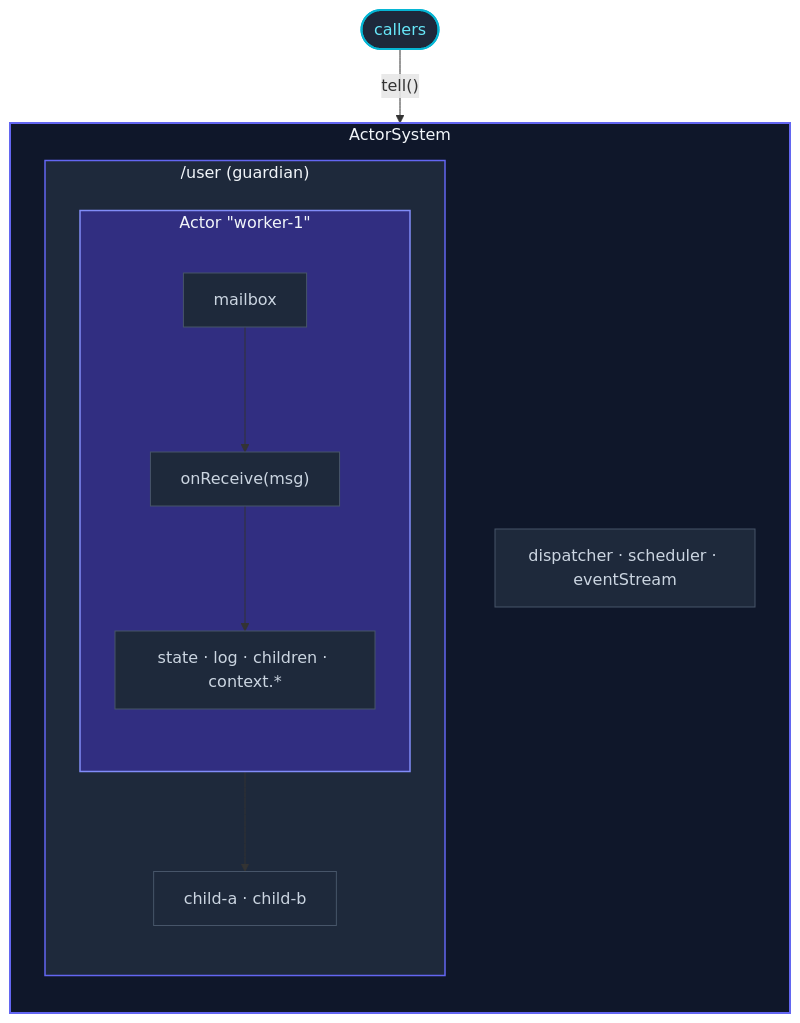
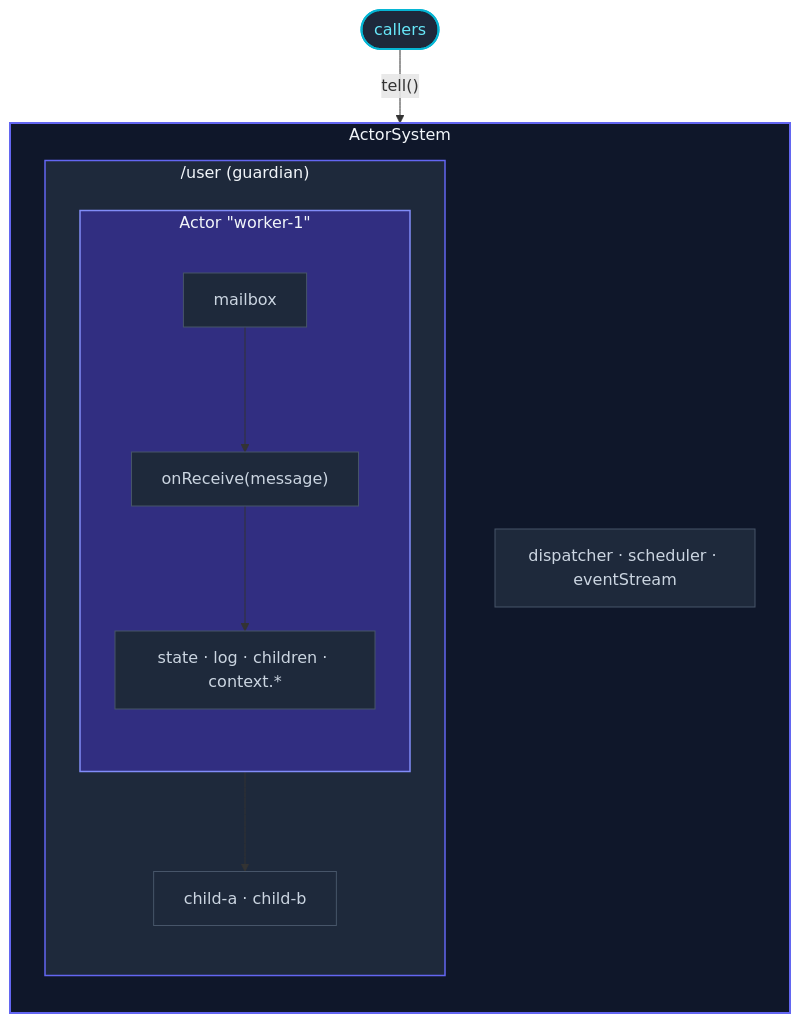
One commit to pathosDev/actor-ts changed the diagram in docs/src/content/docs/de/fundamentals/overview.mdx. Above: the diagram before and after it, drawn with Mermaid. The commit also changed 185 other files, not shown here.

````diff
--- a/docs/src/content/docs/de/fundamentals/overview.mdx
+++ b/docs/src/content/docs/de/fundamentals/overview.mdx
@@ -17,30 +17,30 @@
 ```mermaid
 flowchart TB
   subgraph SYS["ActorSystem"]
     direction TB
     subgraph GUARD["/user (guardian)"]
       direction TB
       subgraph A["Actor &quot;worker-1&quot;"]
         direction TB
         MB["mailbox"]
-        OR["onReceive(msg)"]
+        OR["onReceive(message)"]
         CTX["state · log · children · context.*"]
         MB --> OR --> CTX
       end
       CHILD["child-a · child-b"]
       A --> CHILD
     end
     INFRA["dispatcher · scheduler · eventStream"]
   end
   CALLER(["callers"]) -- "tell()" --> MB
   classDef sys      fill:#0f172a,stroke:#6366f1,stroke-width:2px,color:#f1f5f9;
   classDef guardian fill:#1e293b,stroke:#6366f1,stroke-width:1.5px,color:#f1f5f9;
   classDef actor    fill:#312e81,stroke:#818cf8,stroke-width:1.5px,color:#f1f5f9;
   classDef caller   fill:#1e293b,stroke:#06b6d4,stroke-width:2px,color:#67e8f9;
   classDef leaf     fill:#1e293b,stroke:#475569,color:#cbd5e1;
   class SYS sys;
   class GUARD guardian;
   class A actor;
   class CALLER caller;
   class MB,OR,CTX,CHILD,INFRA leaf;
 ```
````
